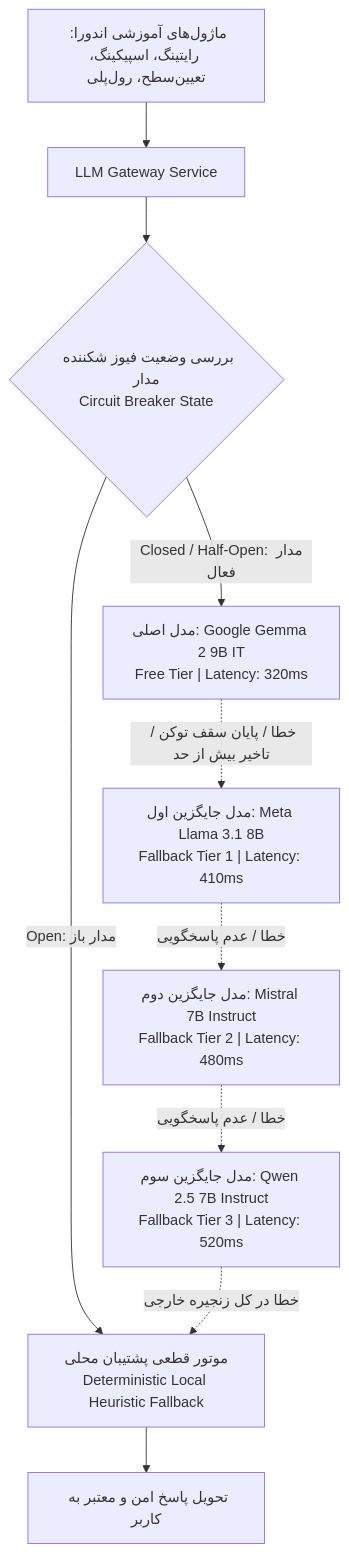
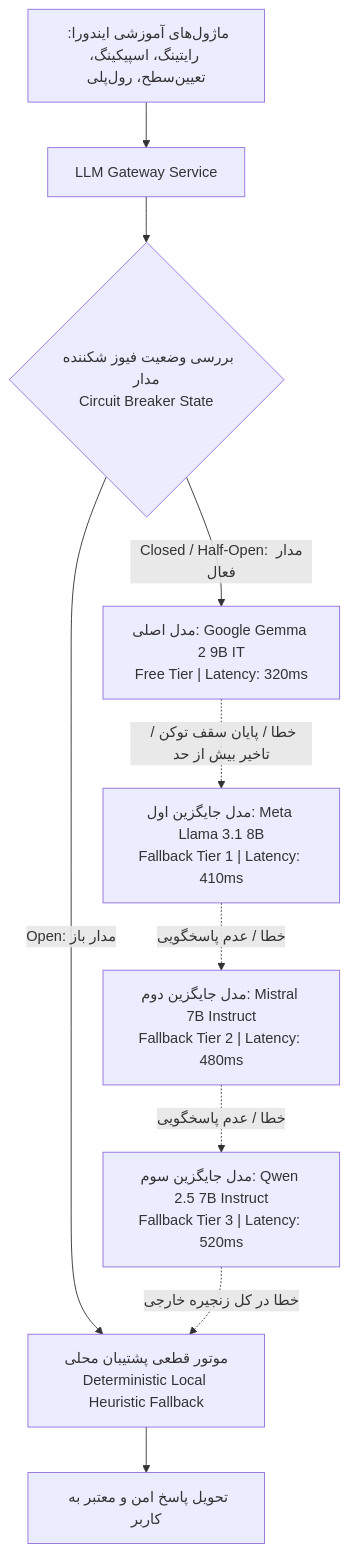
The first of 2 diagrams in docs/operations/ai-model-and-prompt-registry-handbook.md (SajadZare11/ENDOORA), drawn with Mermaid before and after one commit. The commit also changed other lines of this file and 290 other files, not shown here.

````diff
--- a/docs/operations/ai-model-and-prompt-registry-handbook.md
+++ b/docs/operations/ai-model-and-prompt-registry-handbook.md
@@ -12,15 +12,15 @@
 ```mermaid
 graph TD
-    Client[ماژول‌های آموزشی اندورا: رایتینگ، اسپیکینگ، تعیین‌سطح، رول‌پلی] --> Gateway[LLM Gateway Service]
+    Client[ماژول‌های آموزشی ایندورا: رایتینگ، اسپیکینگ، تعیین‌سطح، رول‌پلی] --> Gateway[LLM Gateway Service]
     Gateway --> CBCheck{بررسی وضعیت فیوز شکننده مدار<br/>Circuit Breaker State}
     
     CBCheck -->|Open: مدار باز| LocalFallback[موتور قطعی پشتیبان محلی<br/>Deterministic Local Heuristic Fallback]
     CBCheck -->|Closed / Half-Open: مدار فعال| Primary["مدل اصلی: Google Gemma 2 9B IT<br/>Free Tier | Latency: 320ms"]
     
     Primary -.->|خطا / پایان سقف توکن / تاخیر بیش از حد| Cascade1["مدل جایگزین اول: Meta Llama 3.1 8B<br/>Fallback Tier 1 | Latency: 410ms"]
     Cascade1 -.->|خطا / عدم پاسخگویی| Cascade2["مدل جایگزین دوم: Mistral 7B Instruct<br/>Fallback Tier 2 | Latency: 480ms"]
     Cascade2 -.->|خطا / عدم پاسخگویی| Cascade3["مدل جایگزین سوم: Qwen 2.5 7B Instruct<br/>Fallback Tier 3 | Latency: 520ms"]
     Cascade3 -.->|خطا در کل زنجیره خارجی| LocalFallback
     
     LocalFallback --> Response[تحویل پاسخ امن و معتبر به کاربر]
 ```
````
